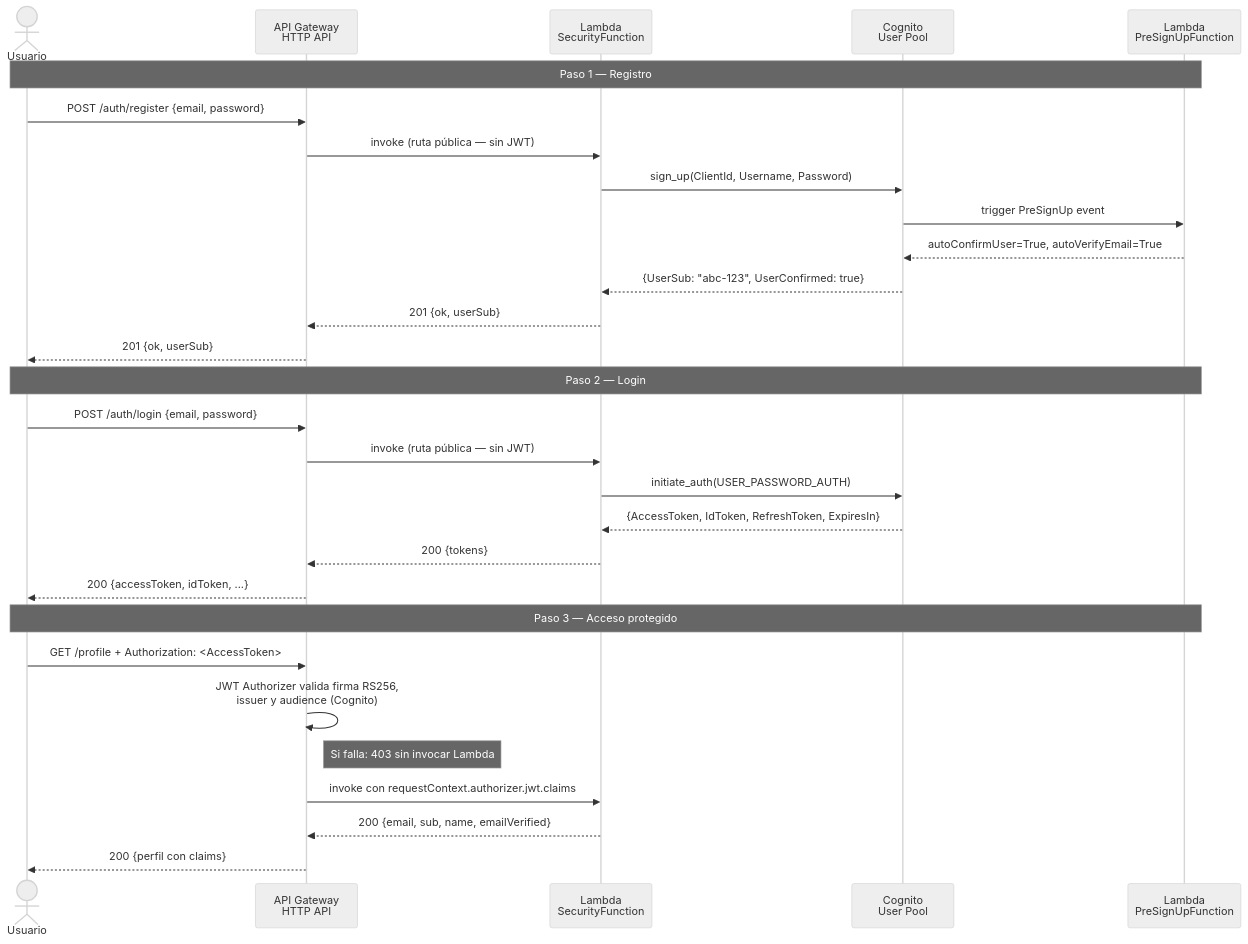
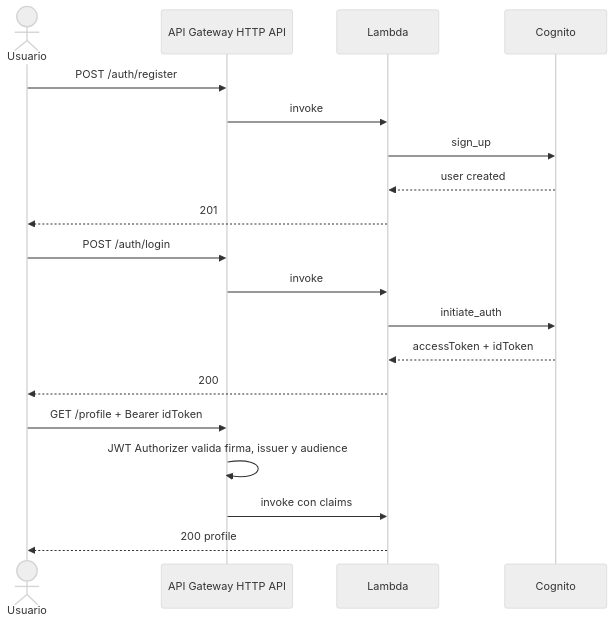
Before and after one commit to vladimiracunadev-create/proyectos-aws: the second of 4 diagrams in caso-f-security-cognito/docs/architecture.md, drawn with Mermaid (neutral theme). The commit also changed other lines of this file and 17 other files, not shown here.

````diff
--- a/caso-f-security-cognito/docs/architecture.md
+++ b/caso-f-security-cognito/docs/architecture.md
@@ -28,34 +32,24 @@
 ```mermaid
 sequenceDiagram
     actor U as Usuario
-    participant APIGW as API Gateway<br/>HTTP API
-    participant LM as Lambda<br/>SecurityFunction
-    participant COG as Cognito<br/>User Pool
-    participant PRE as Lambda<br/>PreSignUpFunction
+    participant APIGW as API Gateway HTTP API
+    participant L as Lambda
+    participant C as Cognito
 
-    Note over U,PRE: Paso 1 — Registro
-    U->>APIGW: POST /auth/register {email, password}
-    APIGW->>LM: invoke (ruta pública — sin JWT)
-    LM->>COG: sign_up(ClientId, Username, Password)
-    COG->>PRE: trigger PreSignUp event
-    PRE-->>COG: autoConfirmUser=True, autoVerifyEmail=True
-    COG-->>LM: {UserSub: "abc-123", UserConfirmed: true}
-    LM-->>APIGW: 201 {ok, userSub}
-    APIGW-->>U: 201 {ok, userSub}
+    U->>APIGW: POST /auth/register
+    APIGW->>L: invoke
+    L->>C: sign_up
+    C-->>L: user created
+    L-->>U: 201
 
-    Note over U,PRE: Paso 2 — Login
-    U->>APIGW: POST /auth/login {email, password}
-    APIGW->>LM: invoke (ruta pública — sin JWT)
-    LM->>COG: initiate_auth(USER_PASSWORD_AUTH)
-    COG-->>LM: {AccessToken, IdToken, RefreshToken, ExpiresIn}
-    LM-->>APIGW: 200 {tokens}
-    APIGW-->>U: 200 {accessToken, idToken, ...}
+    U->>APIGW: POST /auth/login
+    APIGW->>L: invoke
+    L->>C: initiate_auth
+    C-->>L: accessToken + idToken
+    L-->>U: 200
 
-    Note over U,PRE: Paso 3 — Acceso protegido
-    U->>APIGW: GET /profile + Authorization: <AccessToken>
-    APIGW->>APIGW: JWT Authorizer valida firma RS256,<br/>issuer y audience (Cognito)
-    Note right of APIGW: Si falla: 403 sin invocar Lambda
-    APIGW->>LM: invoke con requestContext.authorizer.jwt.claims
-    LM-->>APIGW: 200 {email, sub, name, emailVerified}
-    APIGW-->>U: 200 {perfil con claims}
+    U->>APIGW: GET /profile + Bearer idToken
+    APIGW->>APIGW: JWT Authorizer valida firma, issuer y audience
+    APIGW->>L: invoke con claims
+    L-->>U: 200 profile
 ```
````
